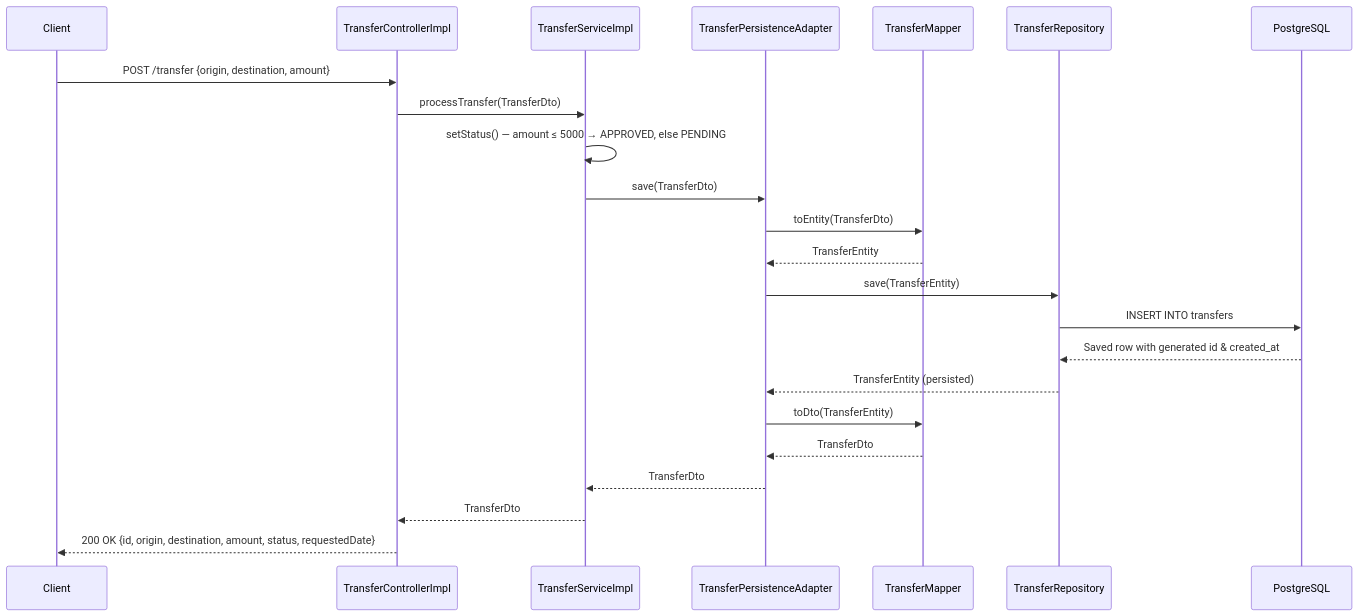
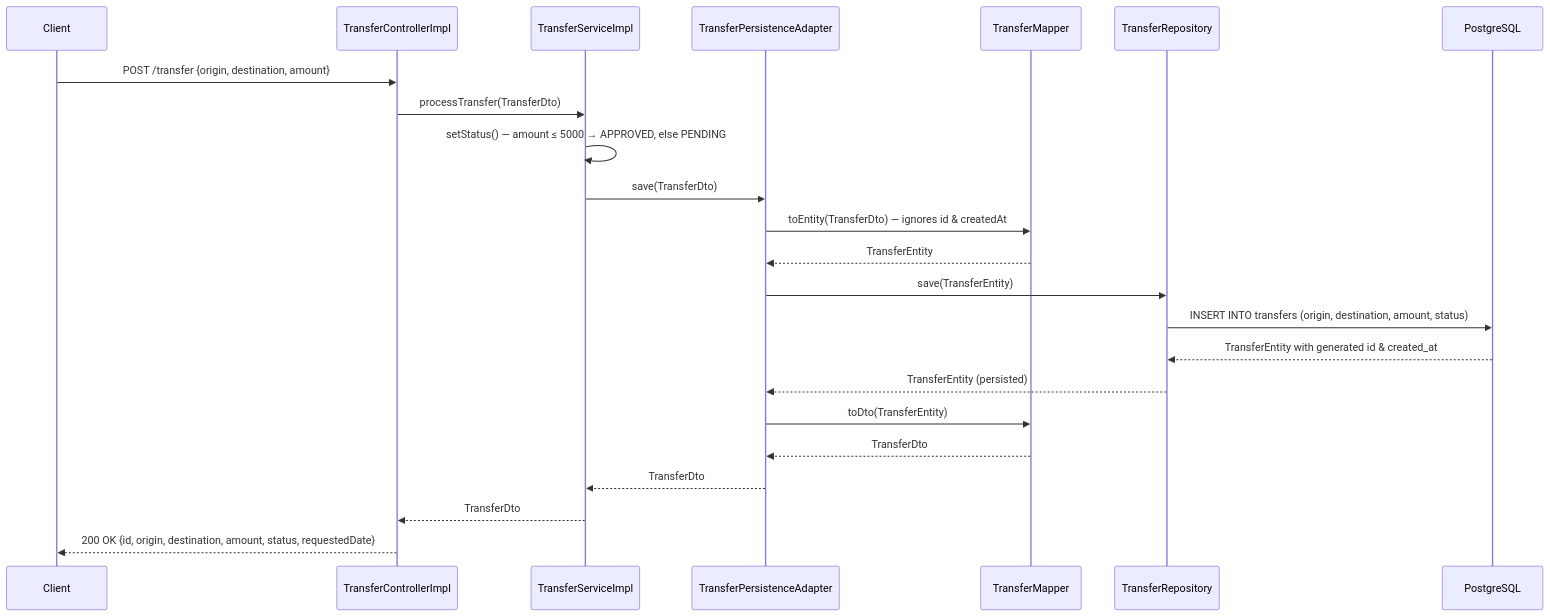
The first of 3 diagrams in README.md (jaimeemi/minibank-api), drawn with Mermaid before and after one commit. The commit also changed other lines of this file, not shown here.

Commit message:
Refactor application.yml and README.md for clarity and accuracy; rename entity package from 'entitys' to 'entities'

````diff
--- a/README.md
+++ b/README.md
@@ -65,26 +75,26 @@
 ```mermaid
 sequenceDiagram
     participant Client
     participant Controller as TransferControllerImpl
     participant Service as TransferServiceImpl
     participant Adapter as TransferPersistenceAdapter
     participant Mapper as TransferMapper
     participant Repo as TransferRepository
     participant DB as PostgreSQL
 
     Client->>Controller: POST /transfer {origin, destination, amount}
     Controller->>Service: processTransfer(TransferDto)
     Service->>Service: setStatus() — amount ≤ 5000 → APPROVED, else PENDING
     Service->>Adapter: save(TransferDto)
-    Adapter->>Mapper: toEntity(TransferDto)
+    Adapter->>Mapper: toEntity(TransferDto) — ignores id & createdAt
     Mapper-->>Adapter: TransferEntity
     Adapter->>Repo: save(TransferEntity)
-    Repo->>DB: INSERT INTO transfers
-    DB-->>Repo: Saved row with generated id & created_at
+    Repo->>DB: INSERT INTO transfers (origin, destination, amount, status)
+    DB-->>Repo: TransferEntity with generated id & created_at
     Repo-->>Adapter: TransferEntity (persisted)
     Adapter->>Mapper: toDto(TransferEntity)
     Mapper-->>Adapter: TransferDto
     Adapter-->>Service: TransferDto
     Service-->>Controller: TransferDto
     Controller-->>Client: 200 OK {id, origin, destination, amount, status, requestedDate}
 ```
````
